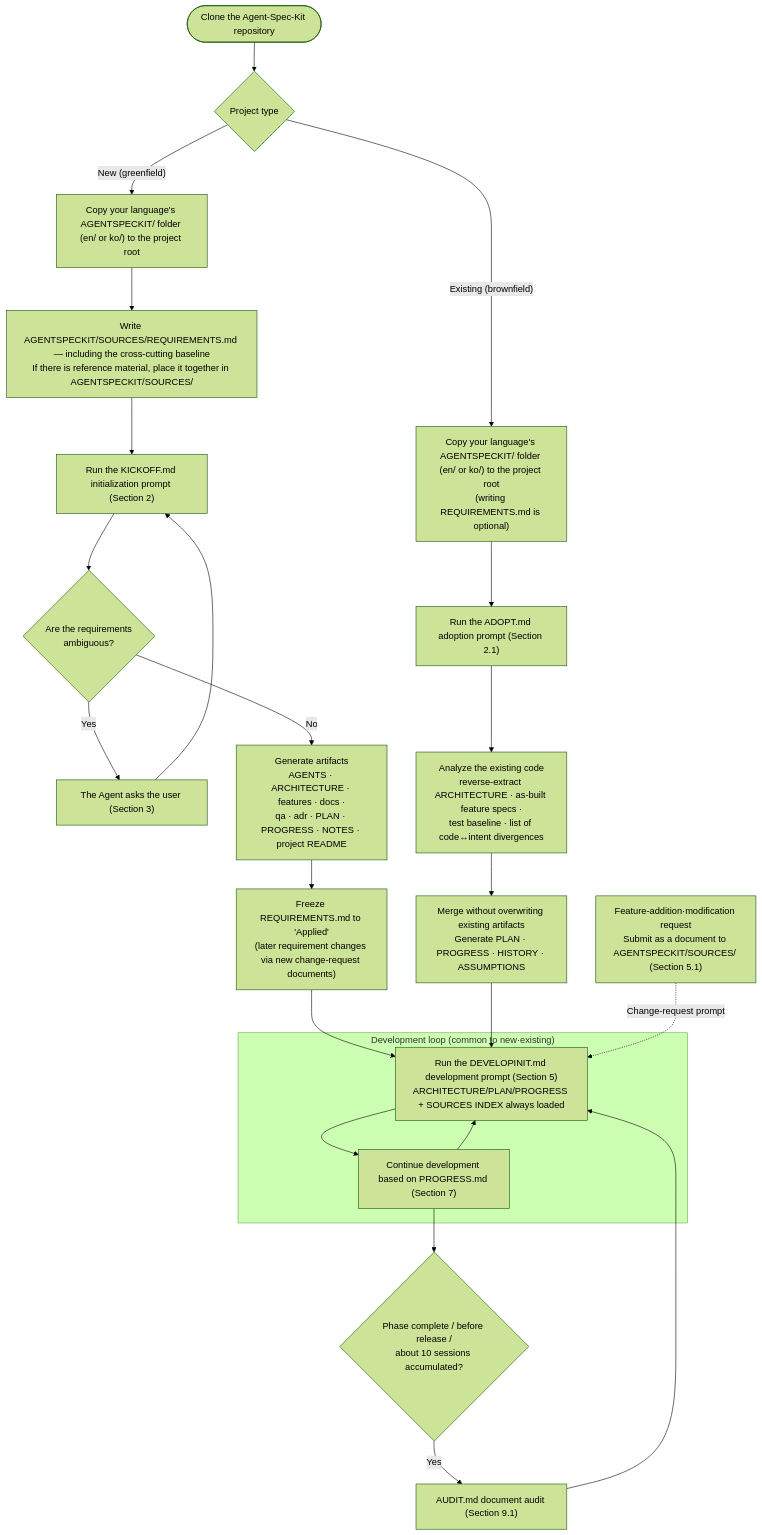
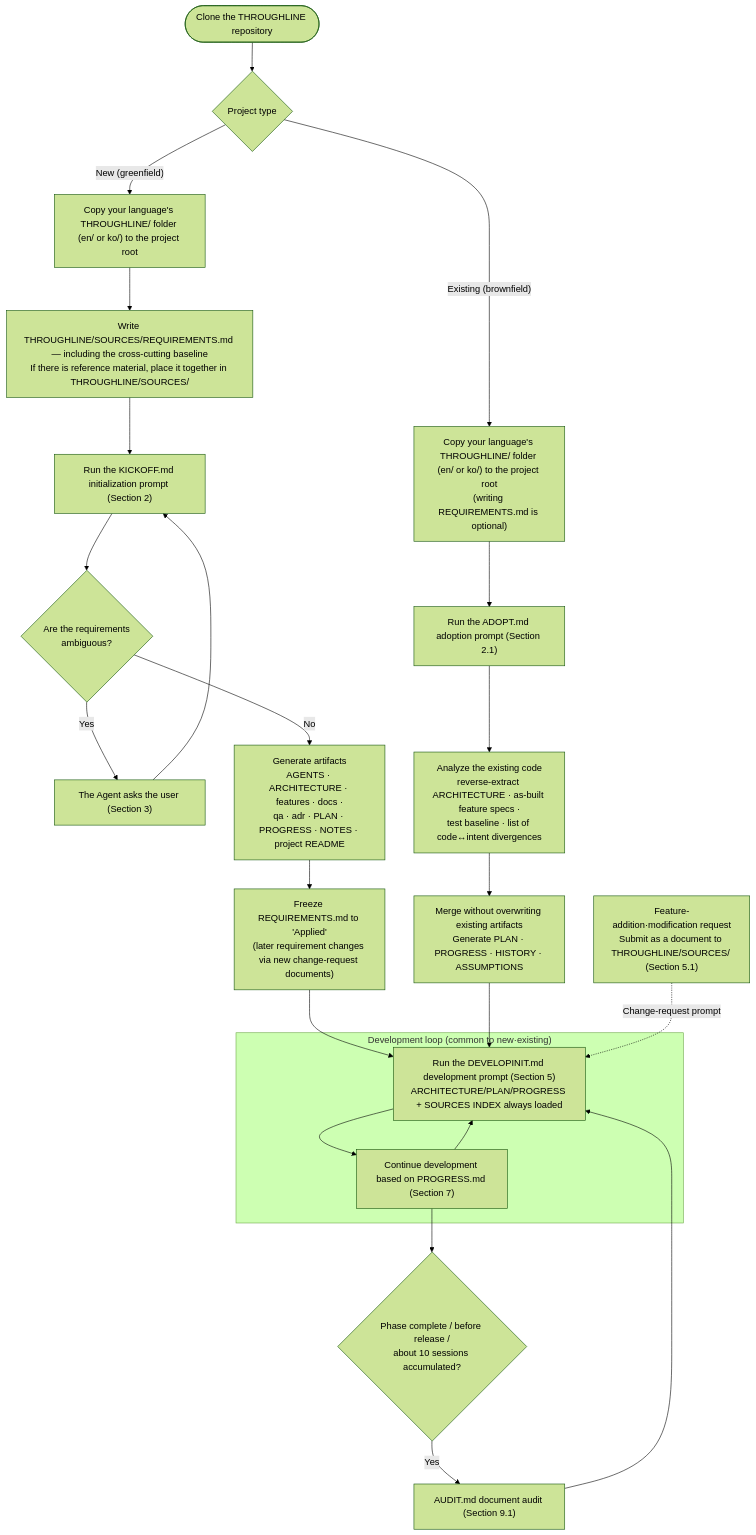
One commit to hellomyoh/Agent-Spec-Kit changed the diagram in README.md. Above: the diagram before and after it, drawn with Mermaid (forest theme). The commit also changed other lines of this file and 795 other files, not shown here.

First line of the commit message:
refactor: rename Agent-Spec-Kit to THROUGHLINE

````diff
--- a/README.md
+++ b/README.md
@@ -713,34 +745,34 @@
 ```mermaid
 flowchart TD
-    Start(["Clone the Agent-Spec-Kit repository"]) --> Type{"Project type"}
+    Start(["Clone the THROUGHLINE repository"]) --> Type{"Project type"}
 
     %% ── New project path ──
-    Type -->|"New (greenfield)"| G1["Copy your language's AGENTSPECKIT/ folder (en/ or ko/) to the project root"]
-    G1 --> G2["Write AGENTSPECKIT/SOURCES/REQUIREMENTS.md — including the cross-cutting baseline<br/>If there is reference material, place it together in AGENTSPECKIT/SOURCES/"]
+    Type -->|"New (greenfield)"| G1["Copy your language's THROUGHLINE/ folder (en/ or ko/) to the project root"]
+    G1 --> G2["Write THROUGHLINE/SOURCES/REQUIREMENTS.md — including the cross-cutting baseline<br/>If there is reference material, place it together in THROUGHLINE/SOURCES/"]
     G2 --> G3["Run the KICKOFF.md initialization prompt (Section 2)"]
     G3 --> G4{"Are the requirements<br/>ambiguous?"}
     G4 -->|"Yes"| G5["The Agent asks the user (Section 3)"]
     G5 --> G3
     G4 -->|"No"| G6["Generate artifacts<br/>AGENTS · ARCHITECTURE · features · docs ·<br/>qa · adr · PLAN · PROGRESS · NOTES · project README"]
     G6 --> G7["Freeze REQUIREMENTS.md to 'Applied'<br/>(later requirement changes via new change-request documents)"]
 
     %% ── Existing project path ──
-    Type -->|"Existing (brownfield)"| B1["Copy your language's AGENTSPECKIT/ folder (en/ or ko/) to the project root<br/>(writing REQUIREMENTS.md is optional)"]
+    Type -->|"Existing (brownfield)"| B1["Copy your language's THROUGHLINE/ folder (en/ or ko/) to the project root<br/>(writing REQUIREMENTS.md is optional)"]
     B1 --> B2["Run the ADOPT.md adoption prompt (Section 2.1)"]
     B2 --> B3["Analyze the existing code<br/>reverse-extract ARCHITECTURE · as-built feature specs ·<br/>test baseline · list of code↔intent divergences"]
     B3 --> B4["Merge without overwriting existing artifacts<br/>Generate PLAN · PROGRESS · HISTORY · ASSUMPTIONS"]
 
     %% ── Common development loop ──
     subgraph DEV["Development loop (common to new·existing)"]
         D1["Run the DEVELOPINIT.md development prompt (Section 5)<br/>ARCHITECTURE/PLAN/PROGRESS + SOURCES INDEX always loaded"]
         D1 --> D2["Continue development based on PROGRESS.md (Section 7)"]
         D2 --> D1
     end
 
     G7 --> D1
     B4 --> D1
-    CR["Feature-addition·modification request<br/>Submit as a document to AGENTSPECKIT/SOURCES/ (Section 5.1)"] -.->|"Change-request prompt"| D1
+    CR["Feature-addition·modification request<br/>Submit as a document to THROUGHLINE/SOURCES/ (Section 5.1)"] -.->|"Change-request prompt"| D1
     D2 --> AQ{"Phase complete / before release /<br/>about 10 sessions accumulated?"}
     AQ -->|"Yes"| AU["AUDIT.md document audit (Section 9.1)"]
     AU --> D1
 ```
````
